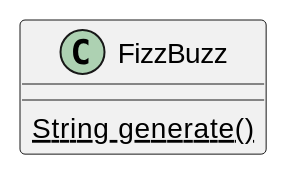
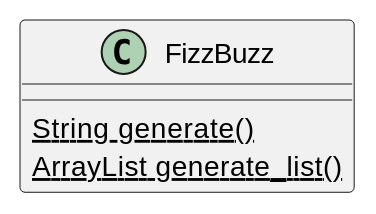
The diagram in docs/src/spec/fizz_buzz.adoc (hiroshima-arc/tdd_rb), drawn with PlantUML before and after one commit. The commit also changed other lines of this file and 4 other files, not shown here.

```diff
--- a/docs/src/spec/fizz_buzz.adoc
+++ b/docs/src/spec/fizz_buzz.adoc
@@ -38,6 +38,7 @@
 [plantuml]
 ----
 class FizzBuzz {
     {static} String generate()
+    {static} ArrayList generate_list()
 }
 ----
```
